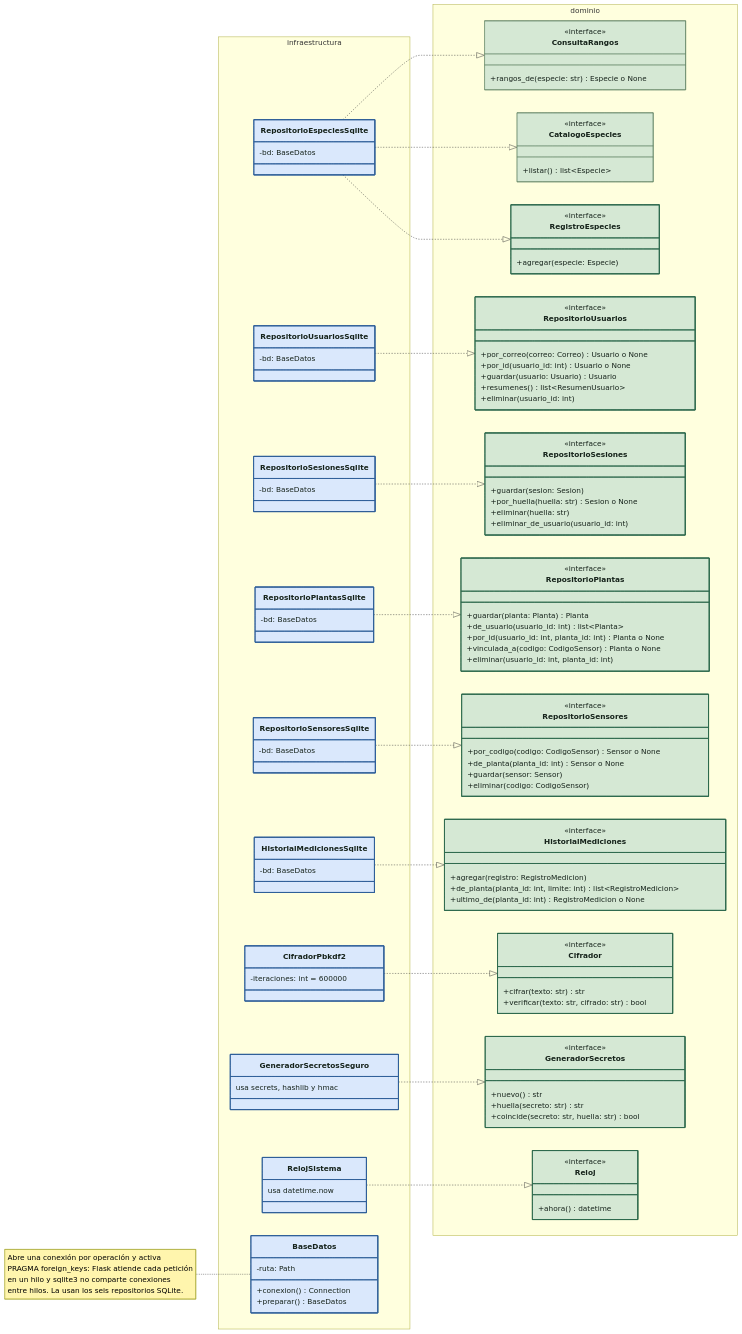
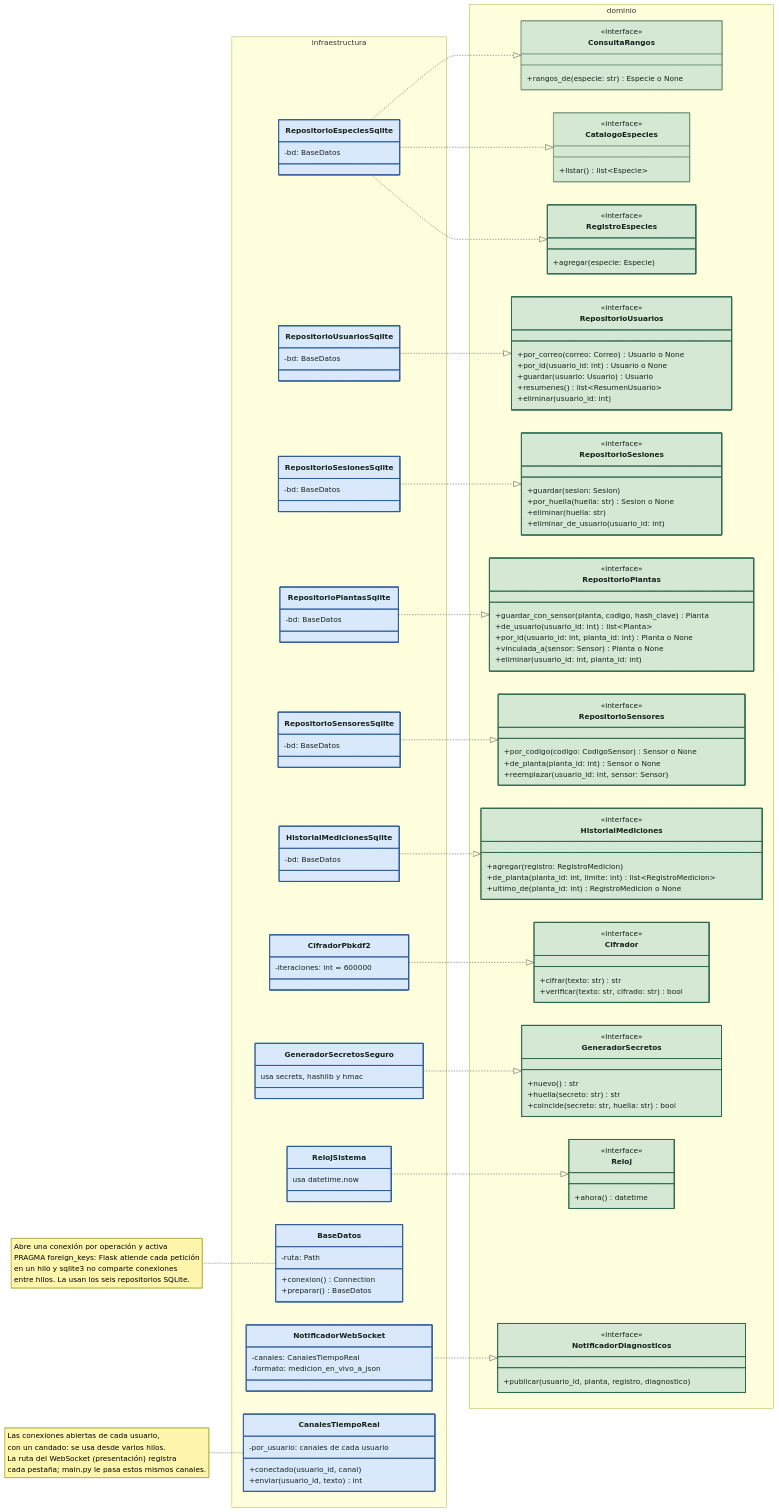
The diagram in docs/diagramas/clases-puertos.mmd (Pipelol0723/matera-inteligente), drawn with Mermaid before and after one commit. The commit also changed 25 other files, not shown here.

```diff
--- a/docs/diagramas/clases-puertos.mmd
+++ b/docs/diagramas/clases-puertos.mmd
@@ -1,142 +1,159 @@
 %% Puertos del dominio (backend/dominio/) y las clases de infraestructura que los implementan.
 %% Toda flecha va de infraestructura hacia el dominio (RA5, DIP).
 %% Verde: dominio. Azul: infraestructura. Borde grueso: se agregó en el corte 2.
 classDiagram
     direction LR
 
     namespace dominio {
         class ConsultaRangos {
             <<interface>>
             +rangos_de(especie: str) Especie o None
         }
         class CatalogoEspecies {
             <<interface>>
             +listar() list~Especie~
         }
         class RegistroEspecies {
             <<interface>>
             +agregar(especie: Especie)
         }
         class RepositorioUsuarios {
             <<interface>>
             +por_correo(correo: Correo) Usuario o None
             +por_id(usuario_id: int) Usuario o None
             +guardar(usuario: Usuario) Usuario
             +resumenes() list~ResumenUsuario~
             +eliminar(usuario_id: int)
         }
         class RepositorioSesiones {
             <<interface>>
             +guardar(sesion: Sesion)
             +por_huella(huella: str) Sesion o None
             +eliminar(huella: str)
             +eliminar_de_usuario(usuario_id: int)
         }
         class RepositorioPlantas {
             <<interface>>
-            +guardar(planta: Planta) Planta
+            +guardar_con_sensor(planta, codigo, hash_clave) Planta
             +de_usuario(usuario_id: int) list~Planta~
             +por_id(usuario_id: int, planta_id: int) Planta o None
-            +vinculada_a(codigo: CodigoSensor) Planta o None
+            +vinculada_a(sensor: Sensor) Planta o None
             +eliminar(usuario_id: int, planta_id: int)
         }
         class RepositorioSensores {
             <<interface>>
             +por_codigo(codigo: CodigoSensor) Sensor o None
             +de_planta(planta_id: int) Sensor o None
-            +guardar(sensor: Sensor)
-            +eliminar(codigo: CodigoSensor)
+            +reemplazar(usuario_id: int, sensor: Sensor)
         }
         class HistorialMediciones {
             <<interface>>
             +agregar(registro: RegistroMedicion)
             +de_planta(planta_id: int, limite: int) list~RegistroMedicion~
             +ultimo_de(planta_id: int) RegistroMedicion o None
         }
         class Cifrador {
             <<interface>>
             +cifrar(texto: str) str
             +verificar(texto: str, cifrado: str) bool
         }
         class GeneradorSecretos {
             <<interface>>
             +nuevo() str
             +huella(secreto: str) str
             +coincide(secreto: str, huella: str) bool
         }
         class Reloj {
             <<interface>>
             +ahora() datetime
+        }
+        class NotificadorDiagnosticos {
+            <<interface>>
+            +publicar(usuario_id, planta, registro, diagnostico)
         }
     }
 
     namespace infraestructura {
         class RepositorioEspeciesSqlite {
             -bd: BaseDatos
         }
         class RepositorioUsuariosSqlite {
             -bd: BaseDatos
         }
         class RepositorioSesionesSqlite {
             -bd: BaseDatos
         }
         class RepositorioPlantasSqlite {
             -bd: BaseDatos
         }
         class RepositorioSensoresSqlite {
             -bd: BaseDatos
         }
         class HistorialMedicionesSqlite {
             -bd: BaseDatos
         }
         class CifradorPbkdf2 {
             -iteraciones: int = 600000
         }
         class GeneradorSecretosSeguro {
             usa secrets, hashlib y hmac
         }
         class RelojSistema {
             usa datetime.now
         }
         class BaseDatos {
             -ruta: Path
             +conexion() Connection
             +preparar() BaseDatos
         }
+        class NotificadorWebSocket {
+            -canales: CanalesTiempoReal
+            -formato: medicion_en_vivo_a_json
+        }
+        class CanalesTiempoReal {
+            -por_usuario: canales de cada usuario
+            +conectado(usuario_id, canal)
+            +enviar(usuario_id, texto) int
+        }
     }
 
     RepositorioEspeciesSqlite ..|> ConsultaRangos
     RepositorioEspeciesSqlite ..|> CatalogoEspecies
     RepositorioEspeciesSqlite ..|> RegistroEspecies
     RepositorioUsuariosSqlite ..|> RepositorioUsuarios
     RepositorioSesionesSqlite ..|> RepositorioSesiones
     RepositorioPlantasSqlite ..|> RepositorioPlantas
     RepositorioSensoresSqlite ..|> RepositorioSensores
     HistorialMedicionesSqlite ..|> HistorialMediciones
     CifradorPbkdf2 ..|> Cifrador
     GeneradorSecretosSeguro ..|> GeneradorSecretos
     RelojSistema ..|> Reloj
+    NotificadorWebSocket ..|> NotificadorDiagnosticos
 
     note for BaseDatos "Abre una conexión por operación y activa<br>PRAGMA foreign_keys: Flask atiende cada petición<br>en un hilo y sqlite3 no comparte conexiones<br>entre hilos. La usan los seis repositorios SQLite."
+    note for CanalesTiempoReal "Las conexiones abiertas de cada usuario,<br>con un candado: se usa desde varios hilos.<br>La ruta del WebSocket (presentación) registra<br>cada pestaña; main.py le pasa estos mismos canales."
 
     style ConsultaRangos fill:#D5E8D4,stroke:#5a7d5f,color:#16231b
     style CatalogoEspecies fill:#D5E8D4,stroke:#5a7d5f,color:#16231b
     style RegistroEspecies fill:#D5E8D4,stroke:#2e6a4e,stroke-width:2px,color:#16231b
     style RepositorioUsuarios fill:#D5E8D4,stroke:#2e6a4e,stroke-width:2px,color:#16231b
     style RepositorioSesiones fill:#D5E8D4,stroke:#2e6a4e,stroke-width:2px,color:#16231b
     style RepositorioPlantas fill:#D5E8D4,stroke:#2e6a4e,stroke-width:2px,color:#16231b
     style RepositorioSensores fill:#D5E8D4,stroke:#2e6a4e,stroke-width:2px,color:#16231b
     style HistorialMediciones fill:#D5E8D4,stroke:#2e6a4e,stroke-width:2px,color:#16231b
     style Cifrador fill:#D5E8D4,stroke:#2e6a4e,stroke-width:2px,color:#16231b
     style GeneradorSecretos fill:#D5E8D4,stroke:#2e6a4e,stroke-width:2px,color:#16231b
     style Reloj fill:#D5E8D4,stroke:#2e6a4e,stroke-width:2px,color:#16231b
     style RepositorioEspeciesSqlite fill:#DAE8FC,stroke:#2f5f99,stroke-width:2px,color:#16231b
     style RepositorioUsuariosSqlite fill:#DAE8FC,stroke:#2f5f99,stroke-width:2px,color:#16231b
     style RepositorioSesionesSqlite fill:#DAE8FC,stroke:#2f5f99,stroke-width:2px,color:#16231b
     style RepositorioPlantasSqlite fill:#DAE8FC,stroke:#2f5f99,stroke-width:2px,color:#16231b
     style RepositorioSensoresSqlite fill:#DAE8FC,stroke:#2f5f99,stroke-width:2px,color:#16231b
     style HistorialMedicionesSqlite fill:#DAE8FC,stroke:#2f5f99,stroke-width:2px,color:#16231b
     style CifradorPbkdf2 fill:#DAE8FC,stroke:#2f5f99,stroke-width:2px,color:#16231b
     style GeneradorSecretosSeguro fill:#DAE8FC,stroke:#2f5f99,stroke-width:2px,color:#16231b
     style RelojSistema fill:#DAE8FC,stroke:#2f5f99,stroke-width:2px,color:#16231b
     style BaseDatos fill:#DAE8FC,stroke:#2f5f99,stroke-width:2px,color:#16231b
+    style NotificadorDiagnosticos fill:#D5E8D4,stroke:#2e6a4e,stroke-width:2px,color:#16231b
+    style NotificadorWebSocket fill:#DAE8FC,stroke:#2f5f99,stroke-width:2px,color:#16231b
+    style CanalesTiempoReal fill:#DAE8FC,stroke:#2f5f99,stroke-width:2px,color:#16231b
```
